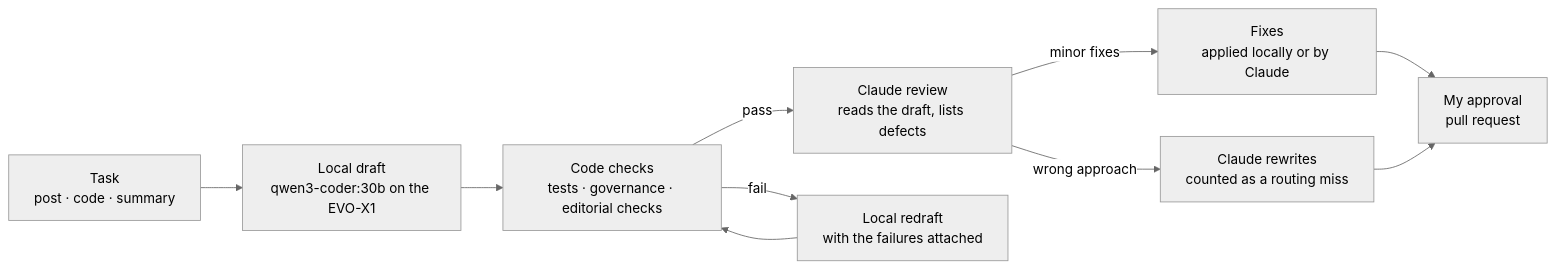
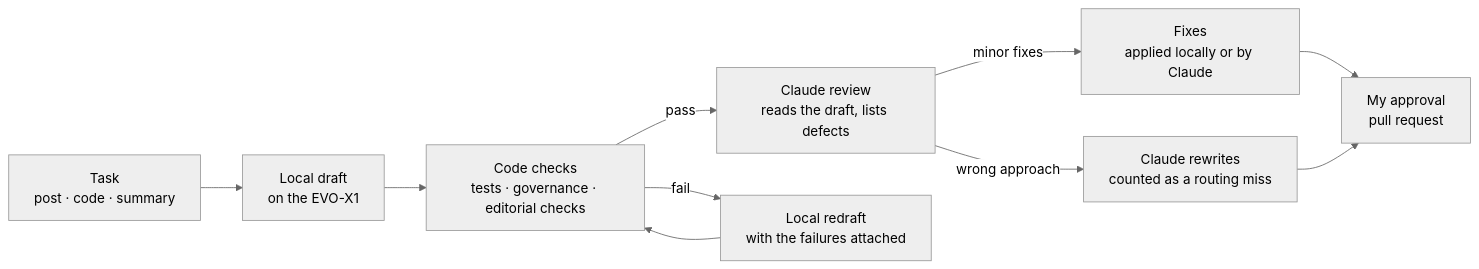
The diagram in site/personal/posts/local-drafts-claude-reviews.md (ruairipowers-commits/ai-portfolio), drawn with Mermaid (neutral theme) before and after one commit. The commit also changed other lines of this file, not shown here.

First line of the commit message:
Publish the local-drafts metrics post as a running experiment

````diff
--- a/site/personal/posts/local-drafts-claude-reviews.md
+++ b/site/personal/posts/local-drafts-claude-reviews.md
@@ -35,12 +35,12 @@
 ```mermaid
 flowchart LR
-  task["Task<br/>post · code · summary"] --> draft["Local draft<br/>qwen3-coder:30b on the EVO-X1"]
+  task["Task<br/>post · code · summary"] --> draft["Local draft<br/>on the EVO-X1"]
   draft --> checks["Code checks<br/>tests · governance · editorial checks"]
   checks -- "pass" --> review["Claude review<br/>reads the draft, lists defects"]
   checks -- "fail" --> redraft["Local redraft<br/>with the failures attached"]
   redraft --> checks
   review -- "minor fixes" --> fix["Fixes<br/>applied locally or by Claude"]
   review -- "wrong approach" --> claude["Claude rewrites<br/>counted as a routing miss"]
   fix --> me["My approval<br/>pull request"]
   claude --> me
 ```
````
